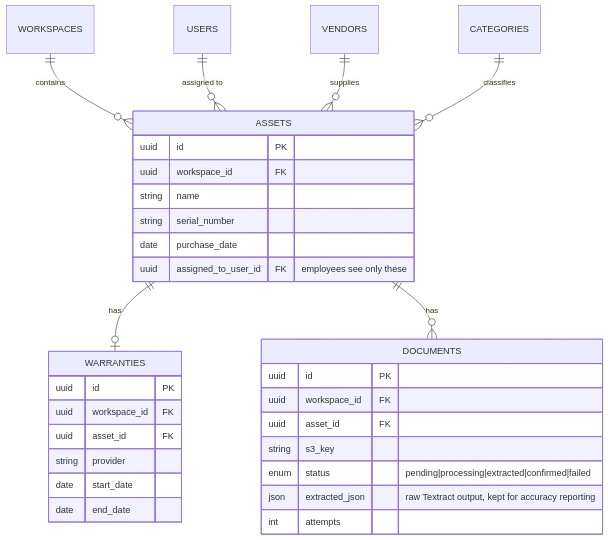
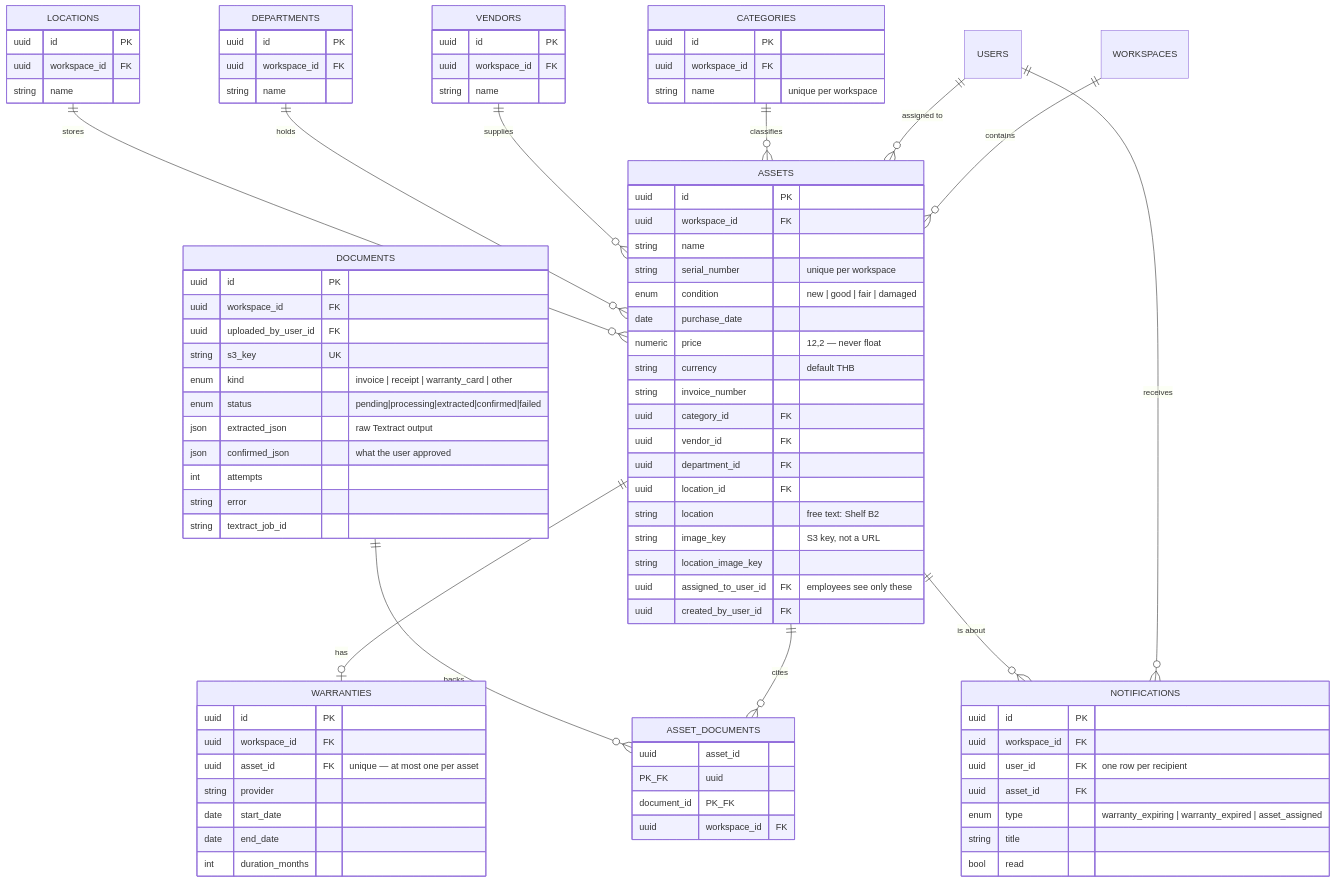
One commit to Bhuchi/warrantytrack changed the second of 2 diagrams in docs/erd.md. Above: the diagram before and after it, drawn with Mermaid. The commit also changed other lines of this file and 8 other files, not shown here.

First line of the commit message:
feat(backend): add asset, warranty, document & notification schema

````diff
--- a/docs/erd.md
+++ b/docs/erd.md
@@ -44,34 +47,82 @@
 erDiagram
     WORKSPACES ||--o{ ASSETS : contains
     ASSETS     ||--o| WARRANTIES : has
-    ASSETS     ||--o{ DOCUMENTS : has
+    ASSETS     ||--o{ ASSET_DOCUMENTS : cites
+    DOCUMENTS  ||--o{ ASSET_DOCUMENTS : backs
     USERS      ||--o{ ASSETS : "assigned to"
-    VENDORS    ||--o{ ASSETS : supplies
-    CATEGORIES ||--o{ ASSETS : classifies
+    USERS      ||--o{ NOTIFICATIONS : receives
+    ASSETS     ||--o{ NOTIFICATIONS : "is about"
+    CATEGORIES  ||--o{ ASSETS : classifies
+    VENDORS     ||--o{ ASSETS : supplies
+    DEPARTMENTS ||--o{ ASSETS : holds
+    LOCATIONS   ||--o{ ASSETS : stores
 
     ASSETS {
-        uuid   id PK
-        uuid   workspace_id FK
-        string name
-        string serial_number
-        date   purchase_date
-        uuid   assigned_to_user_id FK "employees see only these"
+        uuid    id PK
+        uuid    workspace_id FK
+        string  name
+        string  serial_number "unique per workspace"
+        enum    condition "new | good | fair | damaged"
+        date    purchase_date
+        numeric price "12,2 — never float"
+        string  currency "default THB"
+        string  invoice_number
+        uuid    category_id FK
+        uuid    vendor_id FK
+        uuid    department_id FK
+        uuid    location_id FK
+        string  location "free text: Shelf B2"
+        string  image_key "S3 key, not a URL"
+        string  location_image_key
+        uuid    assigned_to_user_id FK "employees see only these"
+        uuid    created_by_user_id FK
     }
     WARRANTIES {
         uuid   id PK
         uuid   workspace_id FK
-        uuid   asset_id FK
+        uuid   asset_id FK "unique — at most one per asset"
         string provider
         date   start_date
         date   end_date
+        int    duration_months
     }
     DOCUMENTS {
         uuid   id PK
         uuid   workspace_id FK
+        uuid   uploaded_by_user_id FK
+        string s3_key UK
+        enum   kind "invoice | receipt | warranty_card | other"
+        enum   status "pending|processing|extracted|confirmed|failed"
+        json   extracted_json "raw Textract output"
+        json   confirmed_json "what the user approved"
+        int    attempts
+        string error
+        string textract_job_id
+    }
+    ASSET_DOCUMENTS {
+        uuid asset_id PK_FK
+        uuid document_id PK_FK
+        uuid workspace_id FK
+    }
+    NOTIFICATIONS {
+        uuid   id PK
+        uuid   workspace_id FK
+        uuid   user_id FK "one row per recipient"
         uuid   asset_id FK
-        string s3_key
-        enum   status "pending|processing|extracted|confirmed|failed"
-        json   extracted_json "raw Textract output, kept for accuracy reporting"
-        int    attempts
+        enum   type "warranty_expiring | warranty_expired | asset_assigned"
+        string title
+        bool   read
     }
+    CATEGORIES  { uuid id PK
+                  uuid workspace_id FK
+                  string name "unique per workspace" }
+    VENDORS     { uuid id PK
+                  uuid workspace_id FK
+                  string name }
+    DEPARTMENTS { uuid id PK
+                  uuid workspace_id FK
+                  string name }
+    LOCATIONS   { uuid id PK
+                  uuid workspace_id FK
+                  string name }
 ```
````
